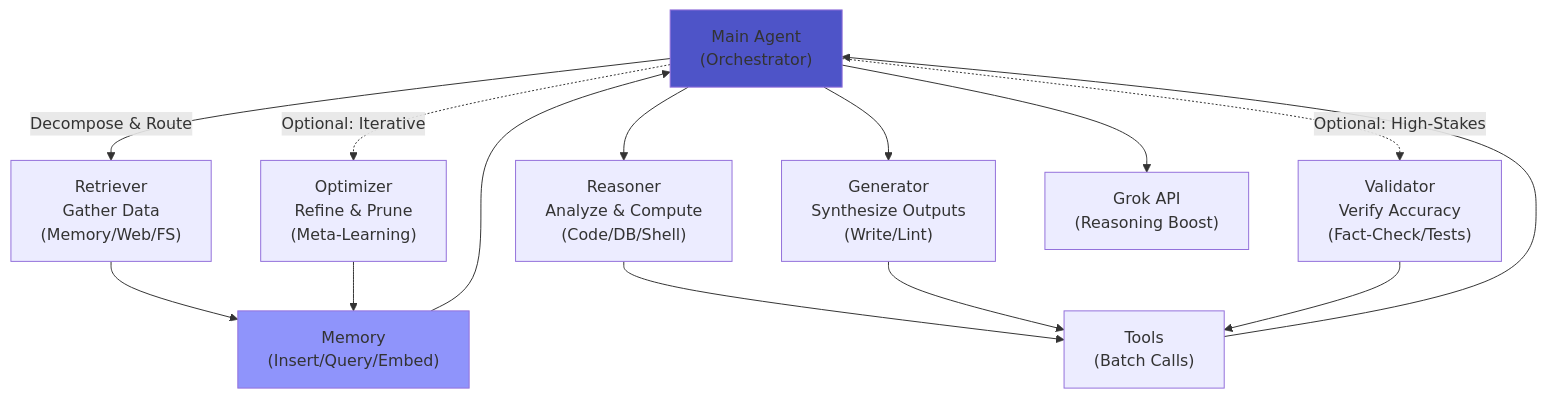
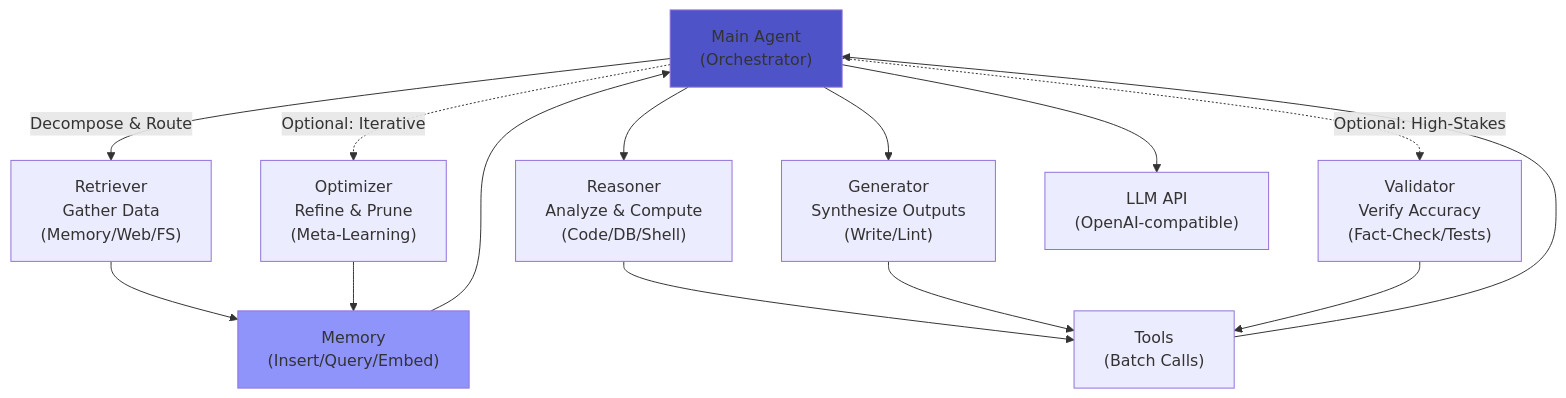
Before and after one commit to kzadorAT/ApexOrchestrator: the second of 3 diagrams in README.md, drawn with Mermaid. The commit also changed other lines of this file and 9 other files, not shown here.

First line of the commit message:
refactor: migrate from xAI Grok to OpenAI-compatible API support

````diff
--- a/README.md
+++ b/README.md
@@ -160,18 +160,18 @@
 ```mermaid
 graph TD
     A["Main Agent\n(Orchestrator)"] -->|Decompose & Route| S1["Retriever\nGather Data\n(Memory/Web/FS)"]
     A --> S2["Reasoner\nAnalyze & Compute\n(Code/DB/Shell)"]
     A --> S3["Generator\nSynthesize Outputs\n(Write/Lint)"]
     A -.->|Optional: High-Stakes| S4["Validator\nVerify Accuracy\n(Fact-Check/Tests)"]
     A -.->|Optional: Iterative| S5["Optimizer\nRefine & Prune\n(Meta-Learning)"]
     S1 --> M["Memory\n(Insert/Query/Embed)"]
     S2 --> T["Tools\n(Batch Calls)"]
     S3 --> T
     S4 --> T
     S5 --> M
-    A --> G["Grok API\n(Reasoning Boost)"]
+    A --> G["LLM API\n(OpenAI-compatible)"]
     M --> A
     T --> A
     style A fill:#4e54c8
     style M fill:#8f94fb
 ```
````
